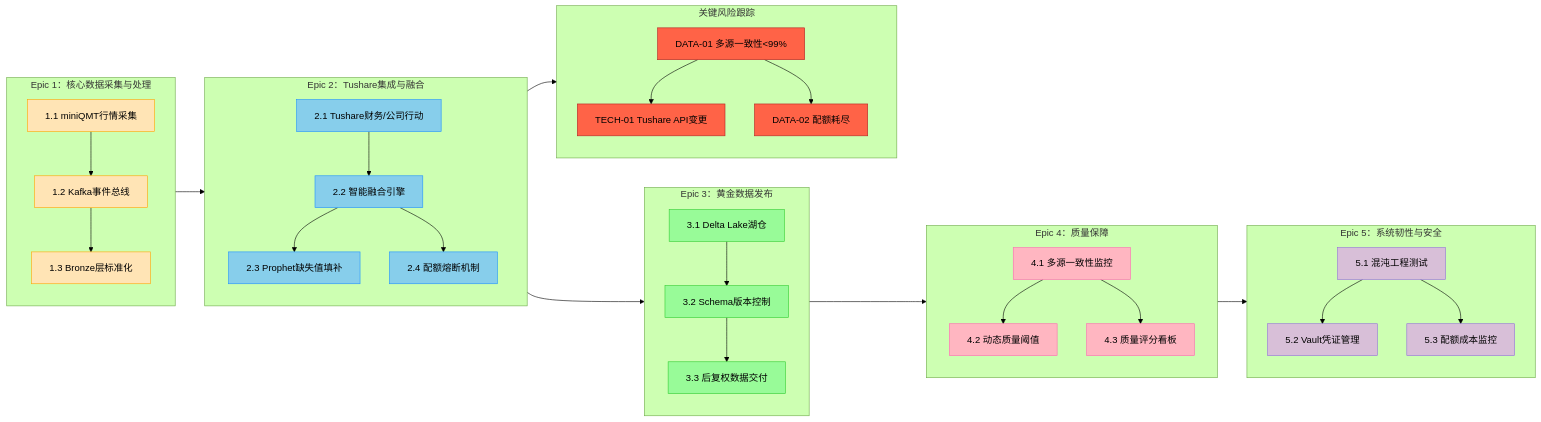
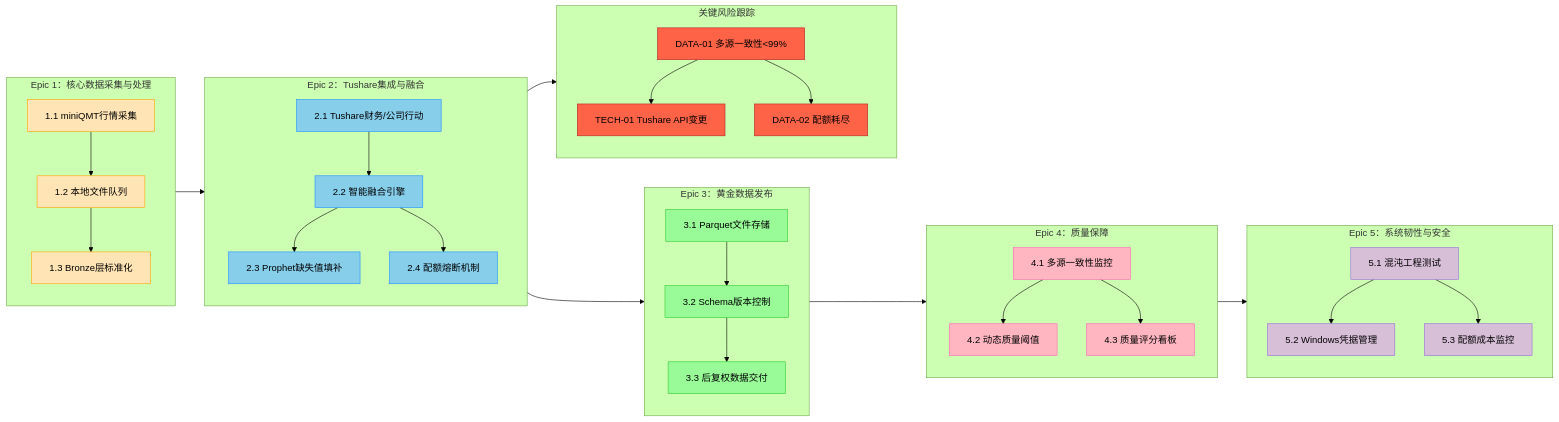
The first of 2 diagrams in argus-doc/backlog.md (jiaenyue/project-argus-qmt-agent), drawn with Mermaid (forest theme) before and after one commit. The commit also changed other lines of this file and 340 other files, not shown here.

````diff
--- a/argus-doc/backlog.md
+++ b/argus-doc/backlog.md
@@ -8,61 +8,61 @@
 ```mermaid
 graph LR
     subgraph EPIC1[Epic 1：核心数据采集与处理]
         direction TB
-        A1[1.1 miniQMT行情采集] --> A2[1.2 Kafka事件总线]
+        A1[1.1 miniQMT行情采集] --> A2[1.2 本地文件队列]
         A2 --> A3[1.3 Bronze层标准化]
         style A1 fill:#FFE4B5,stroke:#FFA500
         style A2 fill:#FFE4B5,stroke:#FFA500
         style A3 fill:#FFE4B5,stroke:#FFA500
     end
     
     subgraph EPIC2[Epic 2：Tushare集成与融合]
         direction TB
         B1[2.1 Tushare财务/公司行动] --> B2[2.2 智能融合引擎]
         B2 --> B3[2.3 Prophet缺失值填补]
         B2 --> B4[2.4 配额熔断机制]
         style B1 fill:#87CEEB,stroke:#1E90FF
         style B2 fill:#87CEEB,stroke:#1E90FF
         style B3 fill:#87CEEB,stroke:#1E90FF
         style B4 fill:#87CEEB,stroke:#1E90FF
     end
     
     subgraph EPIC3[Epic 3：黄金数据发布]
         direction TB
-        C1[3.1 Delta Lake湖仓] --> C2[3.2 Schema版本控制]
+        C1[3.1 Parquet文件存储] --> C2[3.2 Schema版本控制]
         C2 --> C3[3.3 后复权数据交付]
         style C1 fill:#98FB98,stroke:#32CD32
         style C2 fill:#98FB98,stroke:#32CD32
         style C3 fill:#98FB98,stroke:#32CD32
     end
     
     subgraph EPIC4[Epic 4：质量保障]
         direction TB
         D1[4.1 多源一致性监控] --> D2[4.2 动态质量阈值]
         D1 --> D3[4.3 质量评分看板]
         style D1 fill:#FFB6C1,stroke:#FF69B4
         style D2 fill:#FFB6C1,stroke:#FF69B4
         style D3 fill:#FFB6C1,stroke:#FF69B4
     end
     
     subgraph EPIC5[Epic 5：系统韧性与安全]
         direction TB
-        E1[5.1 混沌工程测试] --> E2[5.2 Vault凭证管理]
+        E1[5.1 混沌工程测试] --> E2[5.2 Windows凭据管理]
         E1 --> E3[5.3 配额成本监控]
         style E1 fill:#D8BFD8,stroke:#9370DB
         style E2 fill:#D8BFD8,stroke:#9370DB
         style E3 fill:#D8BFD8,stroke:#9370DB
     end
     
     subgraph RISK[关键风险跟踪]
         direction TB
         R1[DATA-01 多源一致性<99%] --> R2[TECH-01 Tushare API变更]
         R1 --> R3[DATA-02 配额耗尽]
         style R1 fill:#FF6347,stroke:#B22222
         style R2 fill:#FF6347,stroke:#B22222
         style R3 fill:#FF6347,stroke:#B22222
     end
     
     EPIC1 --> EPIC2 --> EPIC3 --> EPIC4 --> EPIC5
     EPIC2 --> RISK
 ```
````
